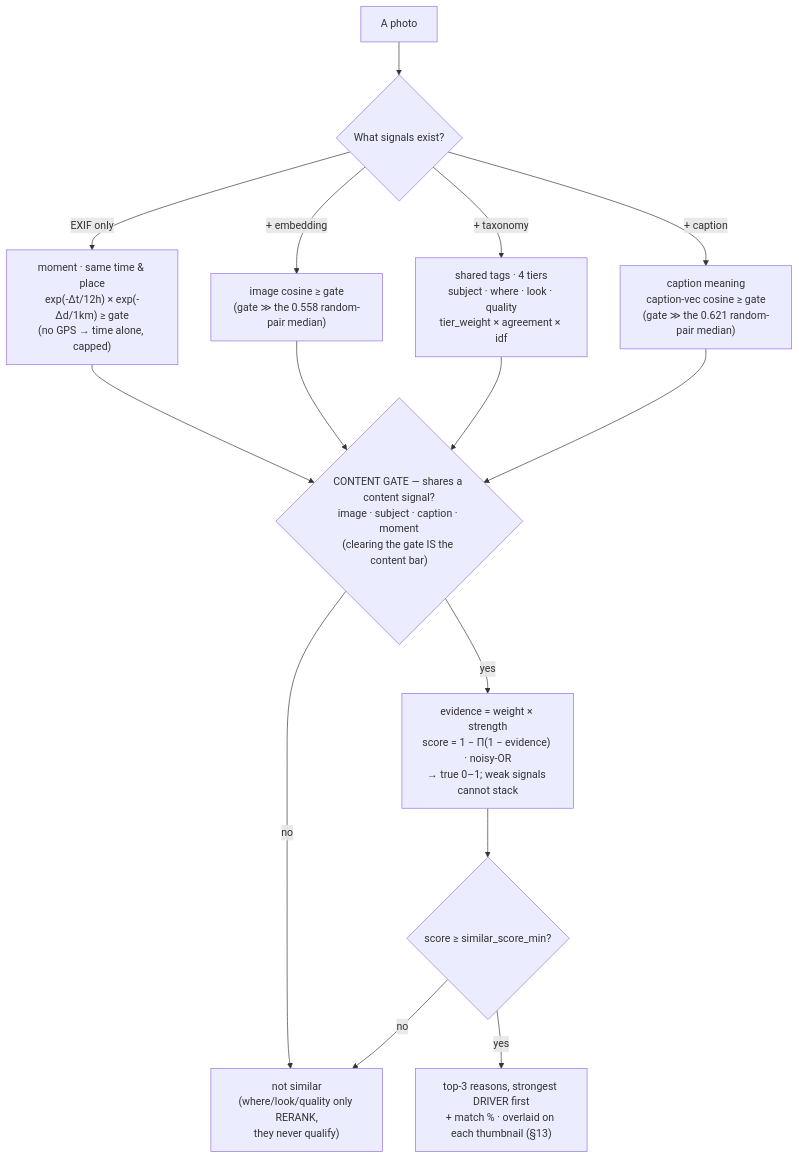
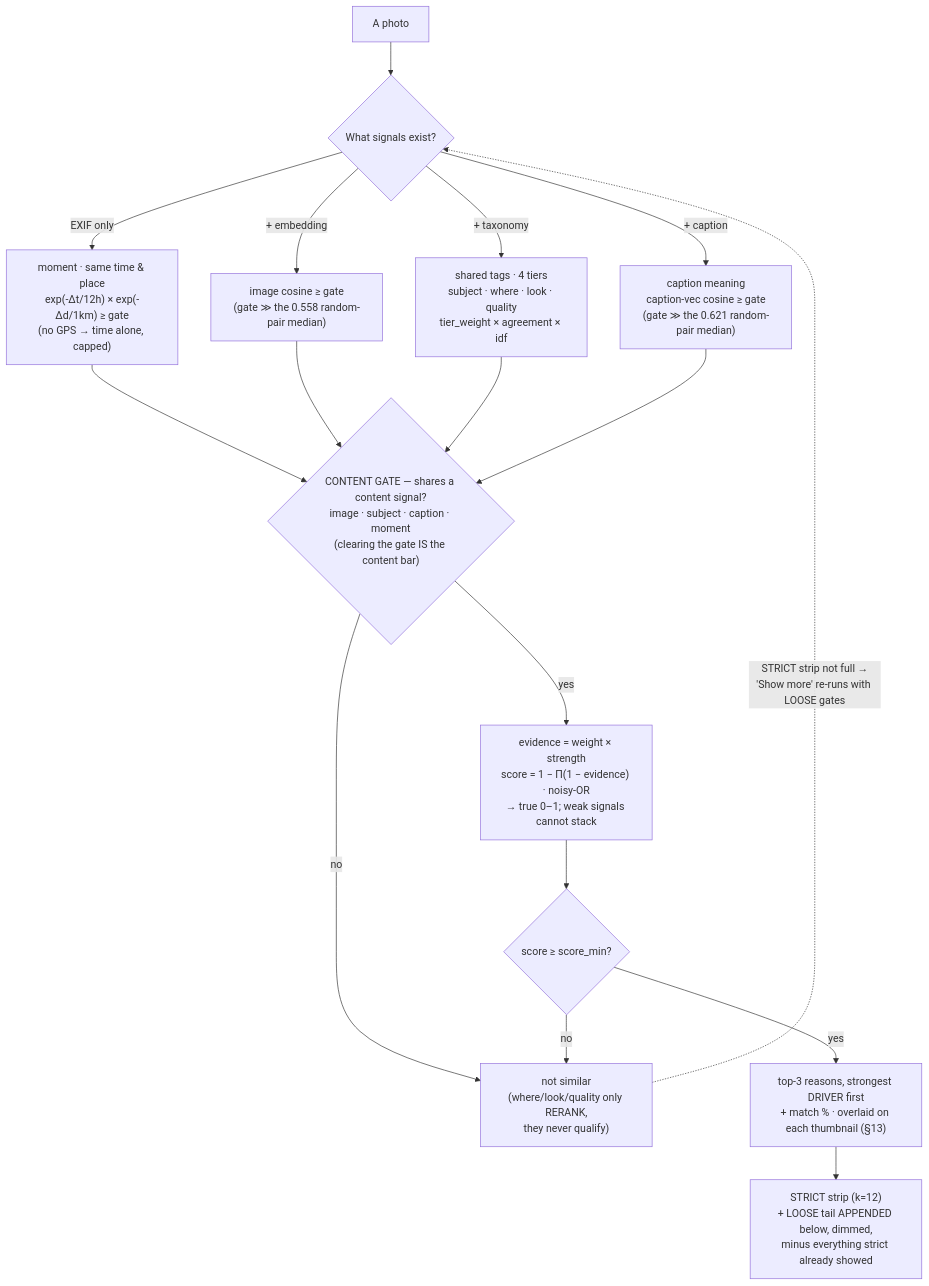
Before and after one commit to sadensmol/ivms777: the third of 6 diagrams in docs/design.md, drawn with Mermaid. The commit also changed other lines of this file and 72 other files, not shown here.

````diff
--- a/docs/design.md
+++ b/docs/design.md
@@ -965,18 +1011,20 @@
 ```mermaid
 flowchart TB
     p["A photo"] --> sig{"What signals exist?"}
     sig -->|"EXIF only"| m["moment · same time &amp; place<br/>exp(-Δt/12h) × exp(-Δd/1km) ≥ gate<br/>(no GPS → time alone, capped)"]
     sig -->|"+ embedding"| v["image cosine ≥ gate<br/>(gate ≫ the 0.558 random-pair median)"]
     sig -->|"+ taxonomy"| t["shared tags · 4 tiers<br/>subject · where · look · quality<br/>tier_weight × agreement × idf"]
     sig -->|"+ caption"| c["caption meaning<br/>caption-vec cosine ≥ gate<br/>(gate ≫ the 0.621 random-pair median)"]
 
     m --> gate{"CONTENT GATE — shares a content signal?<br/>image · subject · caption · moment<br/>(clearing the gate IS the content bar)"}
     v --> gate
     t --> gate
     c --> gate
     gate -->|no| drop["not similar<br/>(where/look/quality only RERANK,<br/>they never qualify)"]
     gate -->|yes| score["evidence = weight × strength<br/>score = 1 − Π(1 − evidence) · noisy-OR<br/>→ true 0–1; weak signals cannot stack"]
-    score --> floor{"score ≥ similar_score_min?"}
+    score --> floor{"score ≥ score_min?"}
     floor -->|no| drop
     floor -->|yes| reasons["top-3 reasons, strongest DRIVER first<br/>+ match % · overlaid on each thumbnail (§13)"]
+    drop -.->|"STRICT strip not full →<br/>'Show more' re-runs with LOOSE gates"| sig
+    reasons --> strip["STRICT strip (k=12)<br/>+ LOOSE tail APPENDED below, dimmed,<br/>minus everything strict already showed"]
 ```
````
